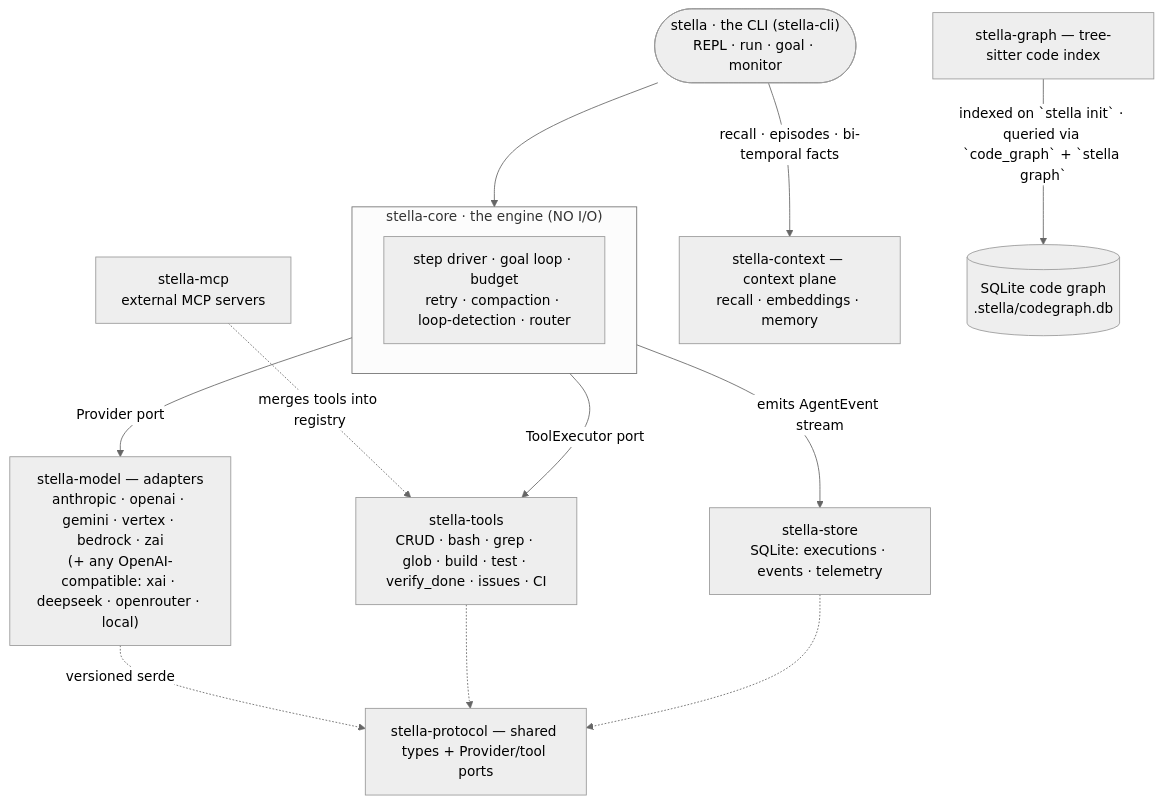
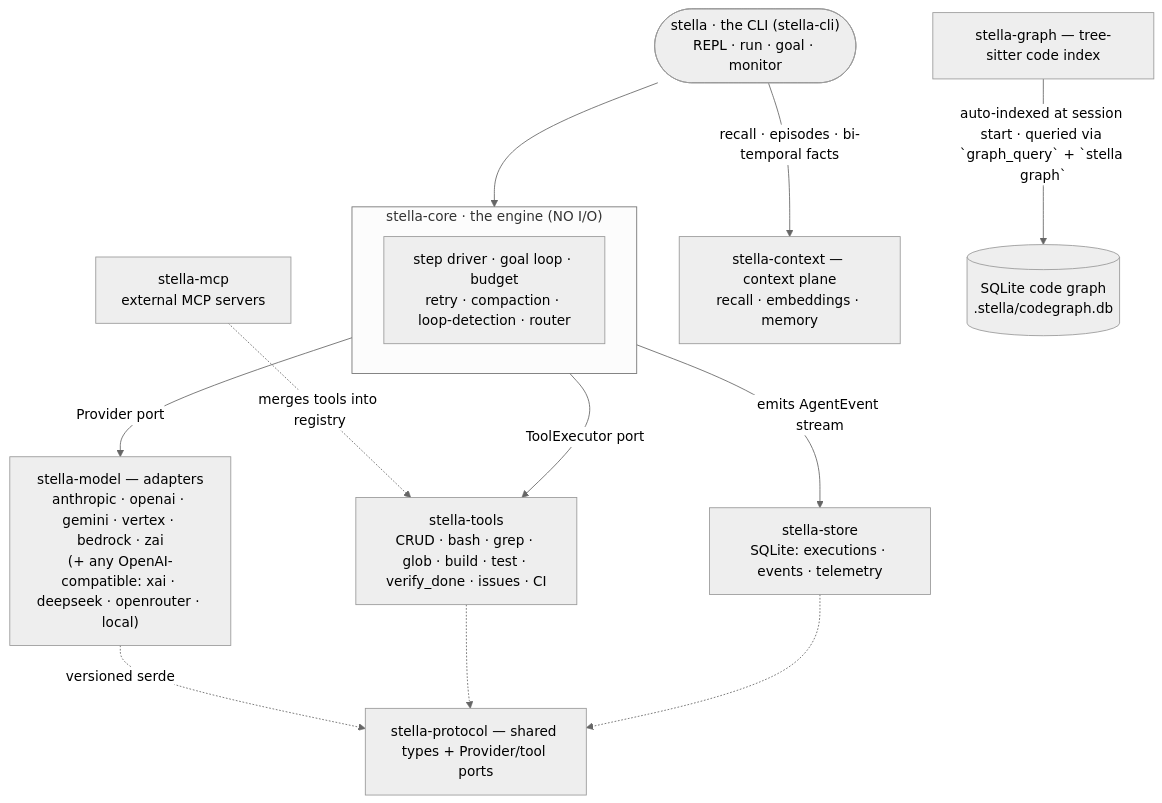
Before and after one commit to oxageninc/stella-cli: the diagram in README.md, drawn with Mermaid (neutral theme). The commit also changed other lines of this file and 6 other files, not shown here.

First line of the commit message:
feat(graph): auto-build + live-refresh the code graph so the agent queries it instead of grepping (graph_query) (#141)

````diff
--- a/README.md
+++ b/README.md
@@ -354,16 +355,16 @@
 ```mermaid
 flowchart TD
     U(["stella · the CLI (stella-cli)<br/>REPL · run · goal · monitor"]) --> CORE
     subgraph CORE["stella-core · the engine (NO I/O)"]
       ENG["step driver · goal loop · budget<br/>retry · compaction · loop-detection · router"]
     end
     CORE -->|Provider port| MODEL["stella-model — adapters<br/>anthropic · openai · gemini · vertex · bedrock · zai<br/>(+ any OpenAI-compatible: xai · deepseek · openrouter · local)"]
     CORE -->|ToolExecutor port| TOOLS["stella-tools<br/>CRUD · bash · grep · glob · build · test · verify_done · issues · CI"]
     MCP["stella-mcp<br/>external MCP servers"] -.->|merges tools into registry| TOOLS
     CORE -->|emits AgentEvent stream| STORE["stella-store<br/>SQLite: executions · events · telemetry"]
     U -->|"recall · episodes · bi-temporal facts"| CTX["stella-context — context plane<br/>recall · embeddings · memory"]
-    GRAPH["stella-graph — tree-sitter code index"] -->|"indexed on `stella init` · queried via `code_graph` + `stella graph`"| DB[("SQLite code graph<br/>.stella/codegraph.db")]
+    GRAPH["stella-graph — tree-sitter code index"] -->|"auto-indexed at session start · queried via `graph_query` + `stella graph`"| DB[("SQLite code graph<br/>.stella/codegraph.db")]
     MODEL -.->|versioned serde| PROTO["stella-protocol — shared types + Provider/tool ports"]
     TOOLS -.-> PROTO
     STORE -.-> PROTO
 ```
````
